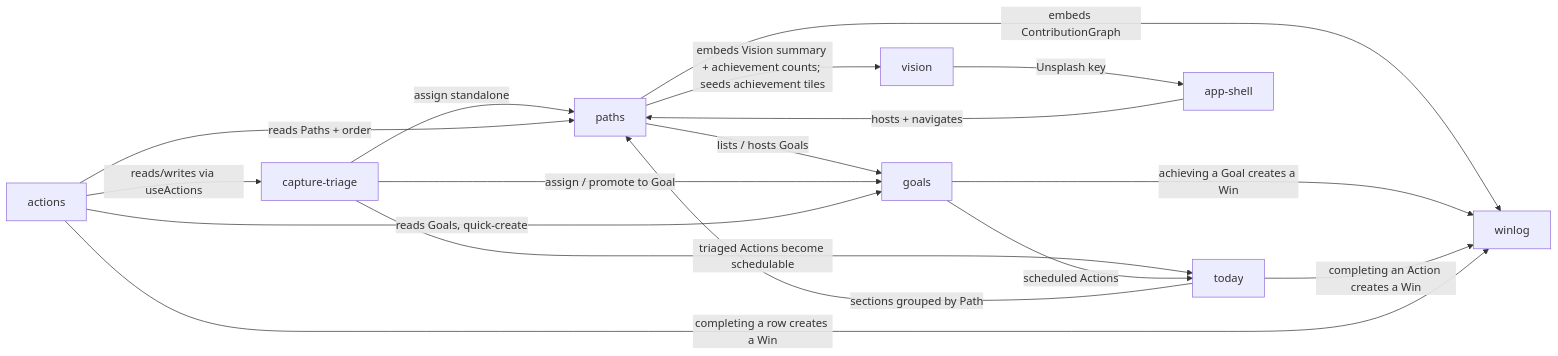
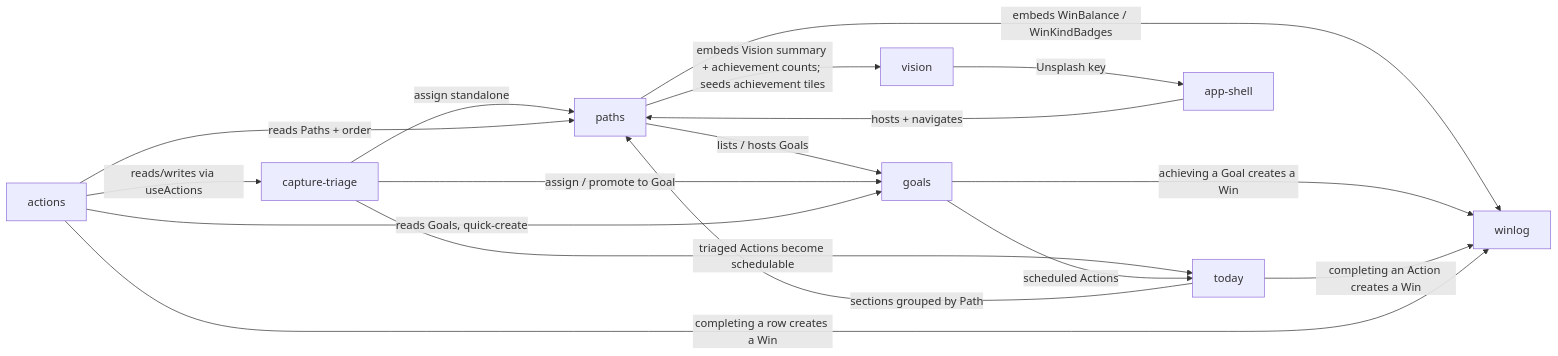
The diagram in docs/MODULES.md (marekbrze/bricks), drawn with Mermaid before and after one commit. The commit also changed other lines of this file and 35 other files, not shown here.

First line of the commit message:
proto-feature(win-kind-balance): win balance replaces graph, goals close from Actions

````diff
--- a/docs/MODULES.md
+++ b/docs/MODULES.md
@@ -103,19 +103,19 @@
 ```mermaid
 graph LR
     PATHS[paths] -->|embeds Vision summary + achievement counts; seeds achievement tiles| VISION[vision]
     PATHS -->|lists / hosts Goals| GOALS[goals]
-    PATHS -->|embeds ContributionGraph| WINLOG[winlog]
+    PATHS -->|embeds WinBalance / WinKindBadges| WINLOG[winlog]
     CAPTURE[capture-triage] -->|assign / promote to Goal| GOALS
     CAPTURE -->|assign standalone| PATHS
     CAPTURE -->|triaged Actions become schedulable| TODAY[today]
     GOALS -->|scheduled Actions| TODAY
     GOALS -->|achieving a Goal creates a Win| WINLOG
     TODAY -->|completing an Action creates a Win| WINLOG
     TODAY -->|sections grouped by Path| PATHS
     ACTIONS[actions] -->|reads/writes via useActions| CAPTURE
     ACTIONS -->|reads Goals, quick-create| GOALS
     ACTIONS -->|reads Paths + order| PATHS
     ACTIONS -->|completing a row creates a Win| WINLOG
     VISION -->|Unsplash key| SHELL[app-shell]
     SHELL -->|hosts + navigates| PATHS
 ```
````
